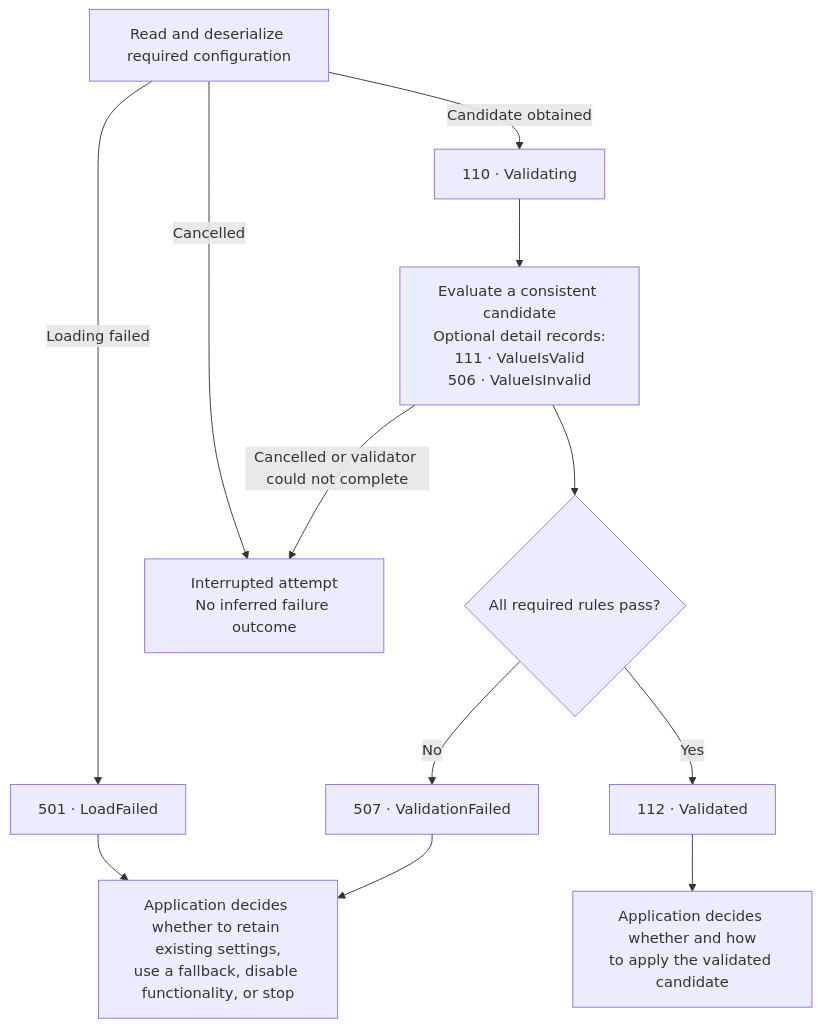
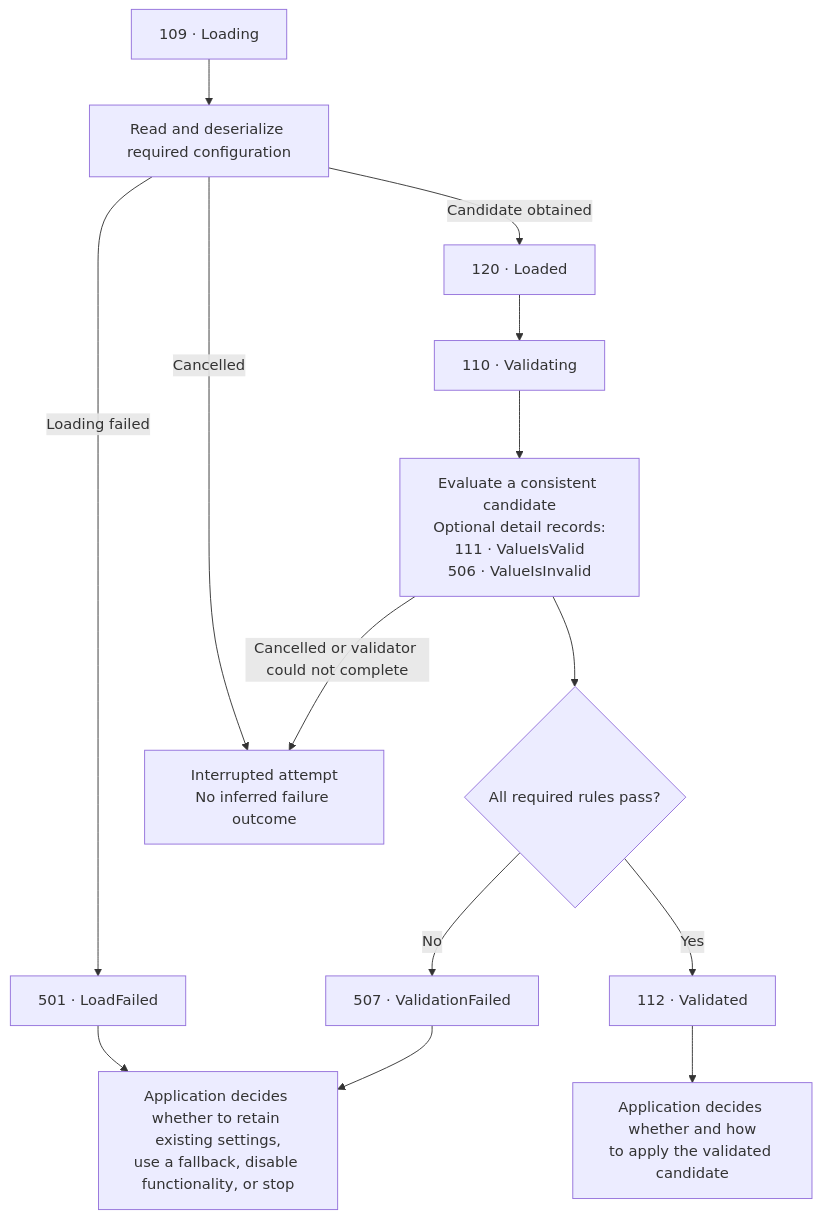
One commit to patware/Patware.Diagnostics changed the diagram in docs/architecture/CONFIGURATION-VALIDATION.md. Above: the diagram before and after it, drawn with Mermaid. The commit also changed other lines of this file and 12 other files, not shown here.

First line of the commit message:
feat: Introduce Configuration_Loading and Configuration_Loaded events

````diff
--- a/docs/architecture/CONFIGURATION-VALIDATION.md
+++ b/docs/architecture/CONFIGURATION-VALIDATION.md
@@ -39,29 +41,33 @@
 ```mermaid
 flowchart TD
+    loading["109 · Loading"]
     load["Read and deserialize required configuration"]
 
+    loaded["120 · Loaded"]
     loadFailed["501 · LoadFailed"]
     start["110 · Validating"]
     checks["Evaluate a consistent candidate<br/>Optional detail records:<br/>111 · ValueIsValid<br/>506 · ValueIsInvalid"]
     outcome{"All required rules pass?"}
     valid["112 · Validated"]
     invalid["507 · ValidationFailed"]
 
     fallback["Application decides whether to retain existing settings,<br/>use a fallback, disable functionality, or stop"]
     apply["Application decides whether and how<br/>to apply the validated candidate"]
     interrupted["Interrupted attempt<br/>No inferred failure outcome"]
 
+    loading --> load
     load -->|Loading failed| loadFailed
-    load -->|Candidate obtained| start
+    load -->|Candidate obtained| loaded
+    loaded --> start
     load -->|Cancelled| interrupted
 
     start --> checks
     checks --> outcome
     checks -->|Cancelled or validator could not complete| interrupted
     outcome -->|Yes| valid
     outcome -->|No| invalid
 
     loadFailed --> fallback
     invalid --> fallback
     valid --> apply
 ```
````
